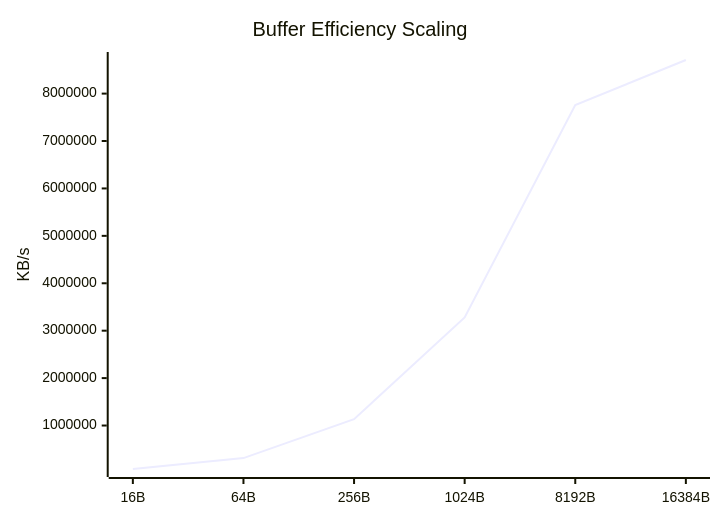
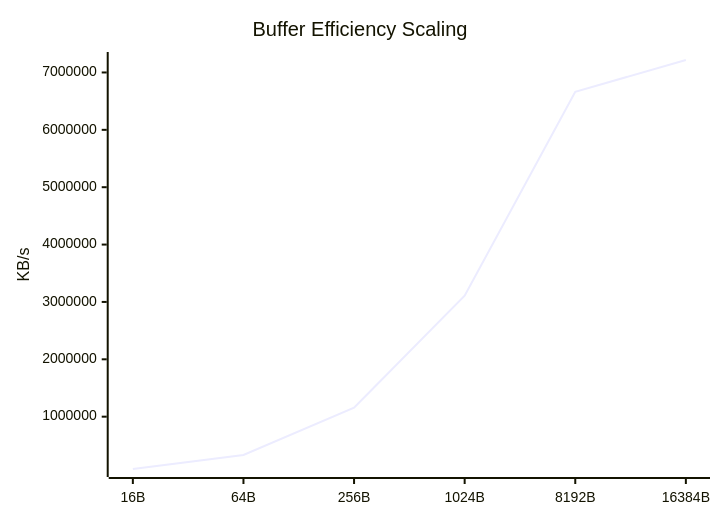
One commit to taha2samy/openssl_fips changed the sixth of 9 diagrams in docs/Comparison_Report.md. Above: the diagram before and after it, drawn with Mermaid. The commit also changed other lines of this file and 2 other files, not shown here.

````diff
--- a/docs/Comparison_Report.md
+++ b/docs/Comparison_Report.md
@@ -102,7 +102,7 @@
 ```mermaid
 xychart-beta
     title "Buffer Efficiency Scaling"
     x-axis [16B, 64B, 256B, 1024B, 8192B, 16384B]
     y-axis "KB/s"
-    line [83042.67, 312648.22, 1134314.88, 3278534.66, 7759163.39, 8708849.66]
+    line [87821.97, 331574.3, 1156435.2, 3109219.84, 6662397.95, 7217315.84]
 ```
````
